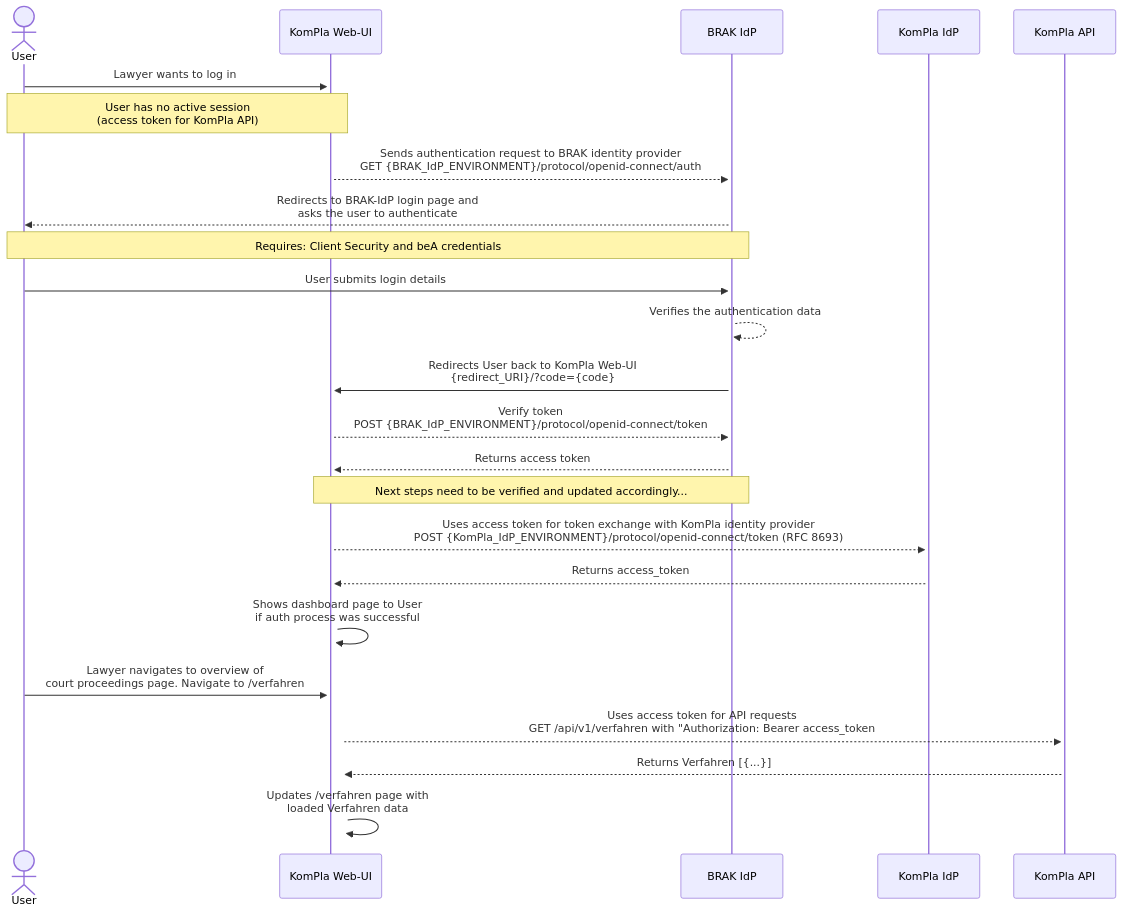
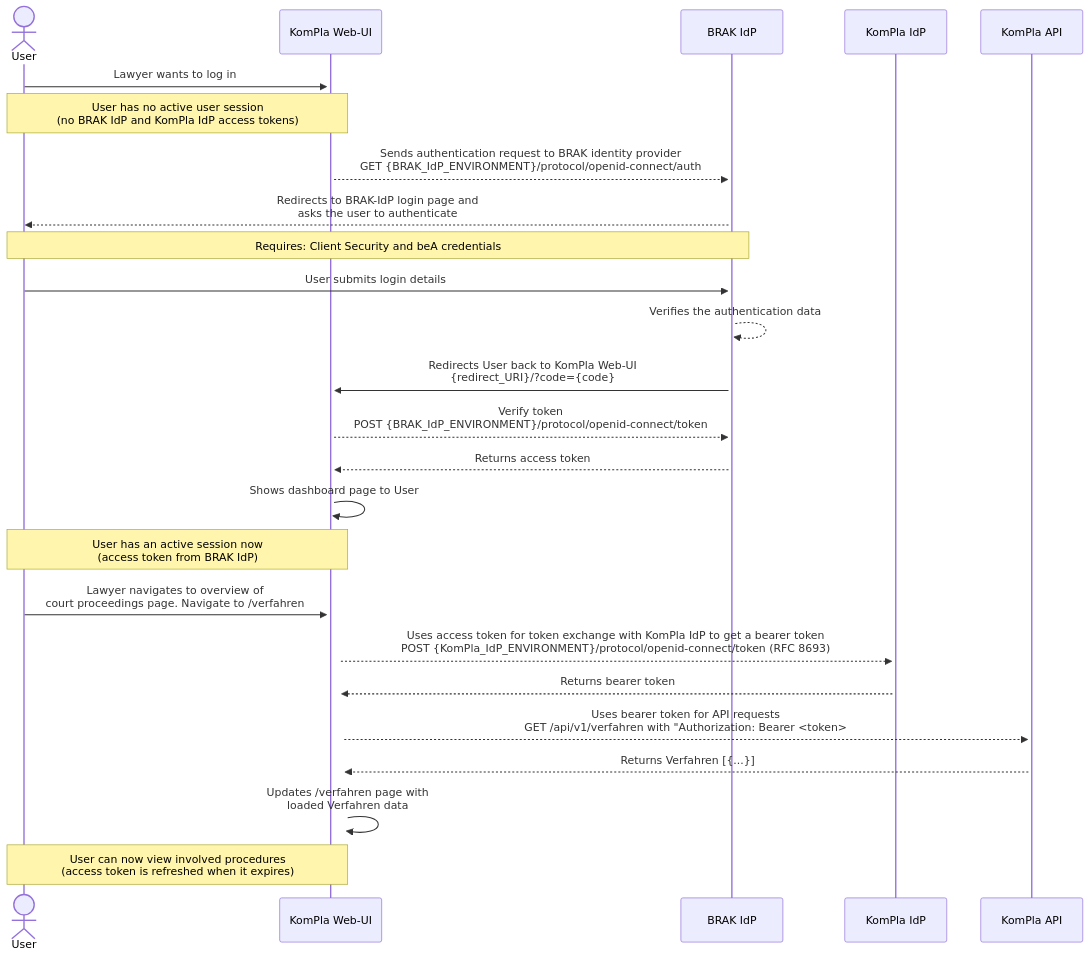
One commit to digitalservicebund/a2j-kommunikationsplattform changed the diagram in doc/architecture-diagrams/identity-provider.md. Above: the diagram before and after it, drawn with Mermaid. The commit also changed other lines of this file, not shown here.

Commit message:
Update IdP documentation

````diff
--- a/doc/architecture-diagrams/identity-provider.md
+++ b/doc/architecture-diagrams/identity-provider.md
@@ -5,22 +12,23 @@
 ```mermaid
 sequenceDiagram
     actor User
     User->>+KomPla Web-UI: Lawyer wants to log in
-    Note over User,KomPla Web-UI: User has no active session<br/>(access token for KomPla API)
+    Note over User,KomPla Web-UI: User has no active user session<br/>(no BRAK IdP and KomPla IdP access tokens)
     KomPla Web-UI-->>+BRAK IdP: Sends authentication request to BRAK identity provider<br/>GET {BRAK_IdP_ENVIRONMENT}/protocol/openid-connect/auth
     BRAK IdP-->>User: Redirects to BRAK-IdP login page and<br/>asks the user to authenticate
     Note over BRAK IdP,User: Requires: Client Security and beA credentials
     User->>BRAK IdP: User submits login details
     BRAK IdP-->>BRAK IdP: Verifies the authentication data
     BRAK IdP->>KomPla Web-UI: Redirects User back to KomPla Web-UI<br/>{redirect_URI}/?code={code}
     KomPla Web-UI-->>BRAK IdP: Verify token<br/>POST {BRAK_IdP_ENVIRONMENT}/protocol/openid-connect/token
     BRAK IdP-->>KomPla Web-UI: Returns access token
-    Note over BRAK IdP,KomPla Web-UI: Next steps need to be verified and updated accordingly...
-    KomPla Web-UI-->>+KomPla IdP: Uses access token for token exchange with KomPla identity provider<br/>POST {KomPla_IdP_ENVIRONMENT}/protocol/openid-connect/token (RFC 8693)
-    KomPla IdP-->>+KomPla Web-UI: Returns access_token
-    KomPla Web-UI->>+KomPla Web-UI: Shows dashboard page to User<br/>if auth process was successful
+    KomPla Web-UI->>+KomPla Web-UI: Shows dashboard page to User
+    Note over User,KomPla Web-UI: User has an active session now<br/>(access token from BRAK IdP)
     User->>+KomPla Web-UI: Lawyer navigates to overview of<br/>court proceedings page. Navigate to /verfahren
-    KomPla Web-UI-->>+KomPla API: Uses access token for API requests<br/>GET /api/v1/verfahren with "Authorization: Bearer access_token
+    KomPla Web-UI-->>+KomPla IdP: Uses access token for token exchange with KomPla IdP to get a bearer token<br/>POST {KomPla_IdP_ENVIRONMENT}/protocol/openid-connect/token (RFC 8693)
+    KomPla IdP-->>+KomPla Web-UI: Returns bearer token
+    KomPla Web-UI-->>+KomPla API: Uses bearer token for API requests<br/>GET /api/v1/verfahren with "Authorization: Bearer <token>
     KomPla API-->>+KomPla Web-UI: Returns Verfahren [{...}]
     KomPla Web-UI->>+KomPla Web-UI: Updates /verfahren page with<br/>loaded Verfahren data
+    Note over User,KomPla Web-UI: User can now view involved procedures<br/>(access token is refreshed when it expires)
 ```
````
